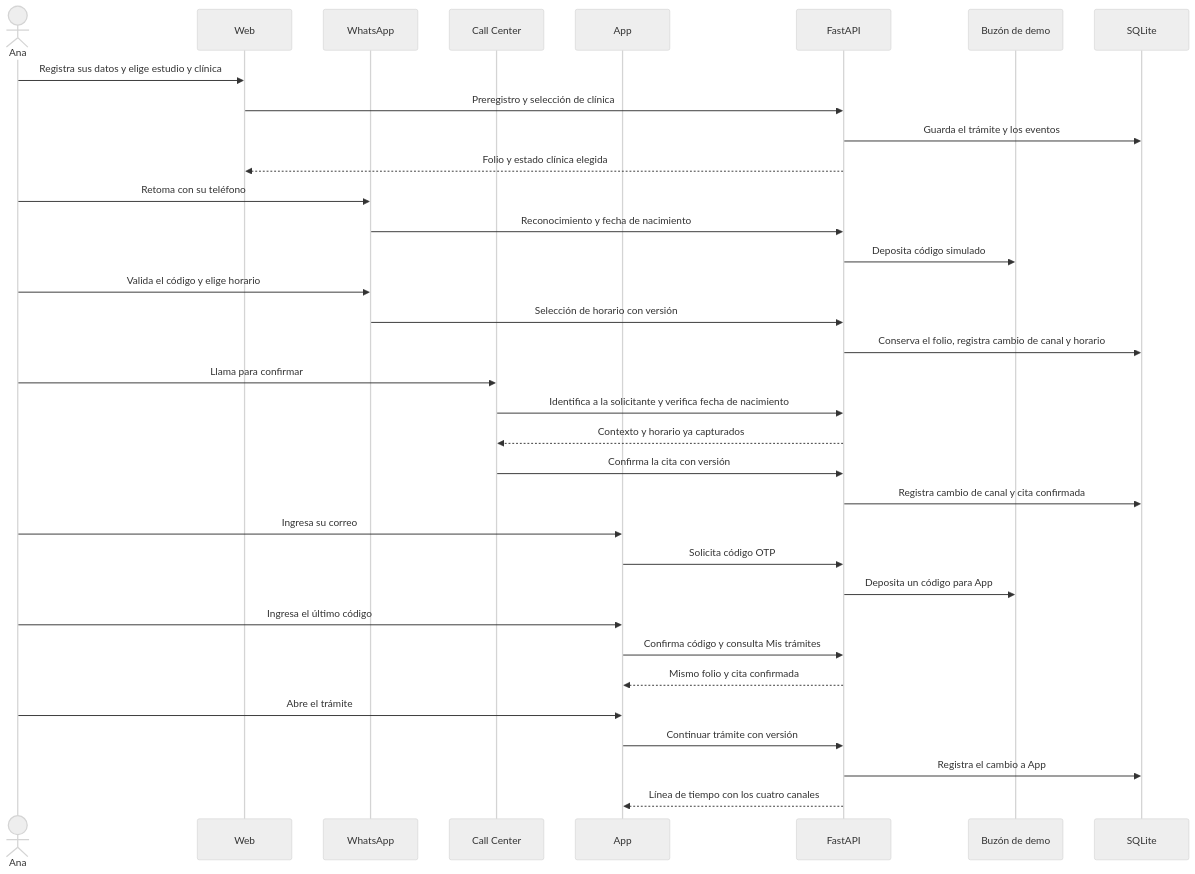
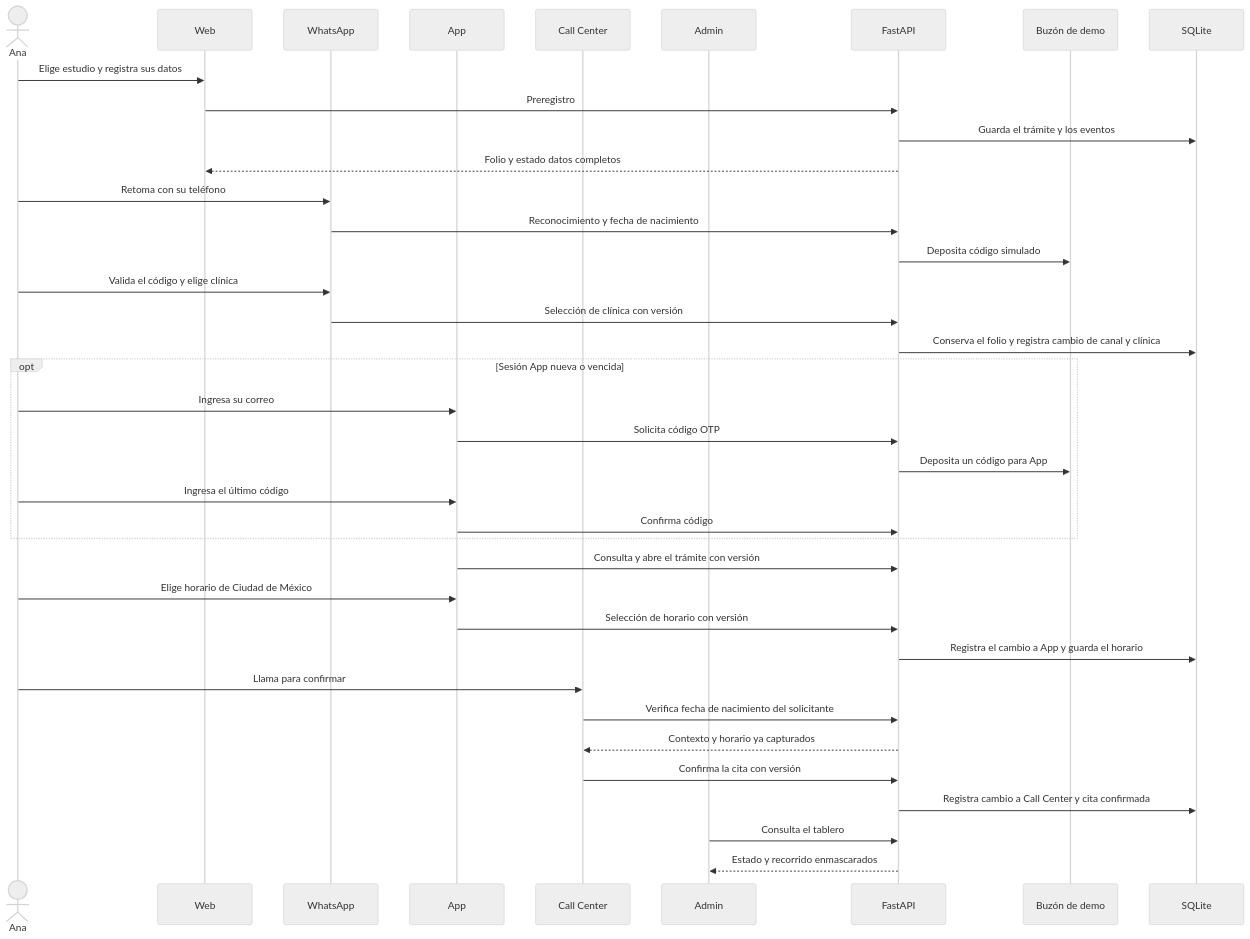
Before and after one commit to JuanPablo1710/digna-journey: the second of 3 diagrams in docs/ARCHITECTURE.md, drawn with Mermaid (neutral theme). The commit also changed other lines of this file and 16 other files, not shown here.

Commit message:
Docs: guion final de demo de 6:30 y datos para pegar

````diff
--- a/docs/ARCHITECTURE.md
+++ b/docs/ARCHITECTURE.md
@@ -47,36 +47,40 @@
 ```mermaid
 sequenceDiagram
     actor Ana
     participant Web
     participant WA as WhatsApp
+    participant App
     participant CC as Call Center
-    participant App
+    participant Admin
     participant API as FastAPI
     participant OTP as Buzón de demo
     participant DB as SQLite
-    Ana->>Web: Registra sus datos y elige estudio y clínica
-    Web->>API: Preregistro y selección de clínica
+    Ana->>Web: Elige estudio y registra sus datos
+    Web->>API: Preregistro
     API->>DB: Guarda el trámite y los eventos
-    API-->>Web: Folio y estado clínica elegida
+    API-->>Web: Folio y estado datos completos
     Ana->>WA: Retoma con su teléfono
     WA->>API: Reconocimiento y fecha de nacimiento
     API->>OTP: Deposita código simulado
-    Ana->>WA: Valida el código y elige horario
-    WA->>API: Selección de horario con versión
-    API->>DB: Conserva el folio, registra cambio de canal y horario
+    Ana->>WA: Valida el código y elige clínica
+    WA->>API: Selección de clínica con versión
+    API->>DB: Conserva el folio y registra cambio de canal y clínica
+    opt Sesión App nueva o vencida
+        Ana->>App: Ingresa su correo
+        App->>API: Solicita código OTP
+        API->>OTP: Deposita un código para App
+        Ana->>App: Ingresa el último código
+        App->>API: Confirma código
+    end
+    App->>API: Consulta y abre el trámite con versión
+    Ana->>App: Elige horario de Ciudad de México
+    App->>API: Selección de horario con versión
+    API->>DB: Registra el cambio a App y guarda el horario
     Ana->>CC: Llama para confirmar
-    CC->>API: Identifica a la solicitante y verifica fecha de nacimiento
+    CC->>API: Verifica fecha de nacimiento del solicitante
     API-->>CC: Contexto y horario ya capturados
     CC->>API: Confirma la cita con versión
-    API->>DB: Registra cambio de canal y cita confirmada
-    Ana->>App: Ingresa su correo
-    App->>API: Solicita código OTP
-    API->>OTP: Deposita un código para App
-    Ana->>App: Ingresa el último código
-    App->>API: Confirma código y consulta Mis trámites
-    API-->>App: Mismo folio y cita confirmada
-    Ana->>App: Abre el trámite
-    App->>API: Continuar trámite con versión
-    API->>DB: Registra el cambio a App
-    API-->>App: Línea de tiempo con los cuatro canales
+    API->>DB: Registra cambio a Call Center y cita confirmada
+    Admin->>API: Consulta el tablero
+    API-->>Admin: Estado y recorrido enmascarados
 ```
````
